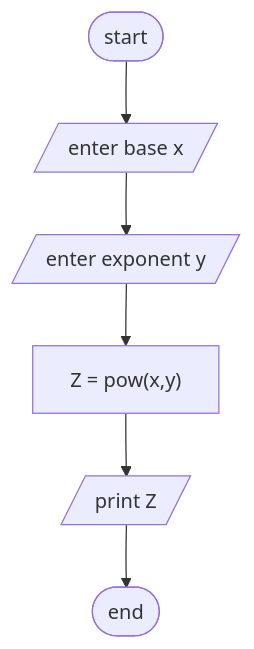
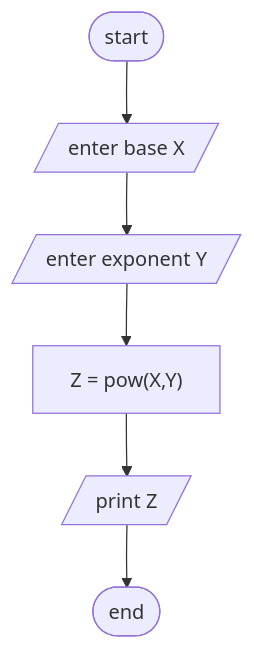
One commit to SWEG-2015EC-Batch/Codify changed the diagram in ETS1118_15_Philipos_Hailu/2nd year/Exercise 1/Q4  Power problem/Analysis.md. Above: the diagram before and after it, drawn with Mermaid.

````diff
--- a/ETS1118_15_Philipos_Hailu/2nd year/Exercise 1/Q4  Power problem/Analysis.md
+++ b/ETS1118_15_Philipos_Hailu/2nd year/Exercise 1/Q4  Power problem/Analysis.md
@@ -24,8 +24,8 @@
 ```mermaid
 flowchart TD;
-A([start]) --> B[/enter base x/];
-B --> C[/enter exponent y/];
-C --> D["Z = pow(x,y)"];
+A([start]) --> B[/enter base X/];
+B --> C[/enter exponent Y/];
+C --> D["Z = pow(X,Y)"];
 D --> E[/print Z/];
 E --> F([end]);
 ```
````
